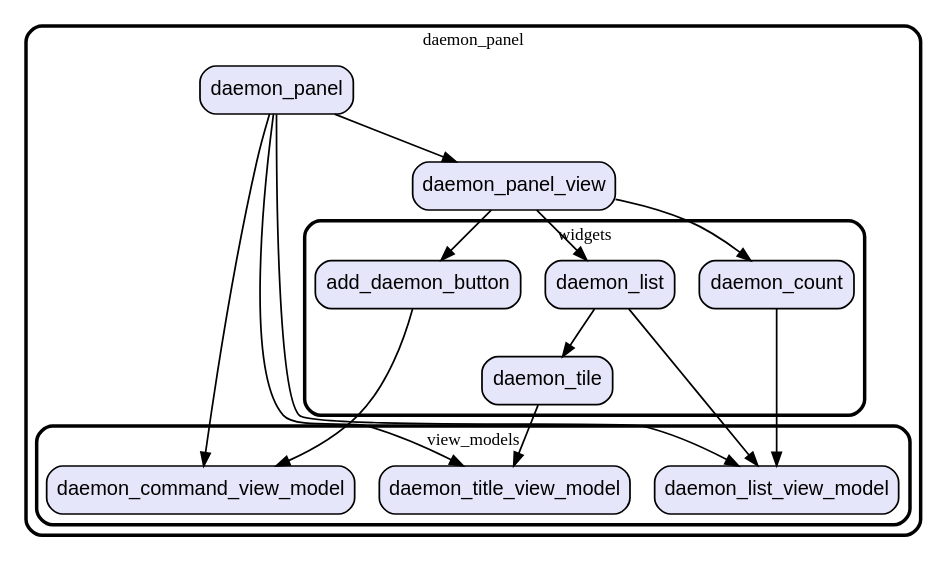
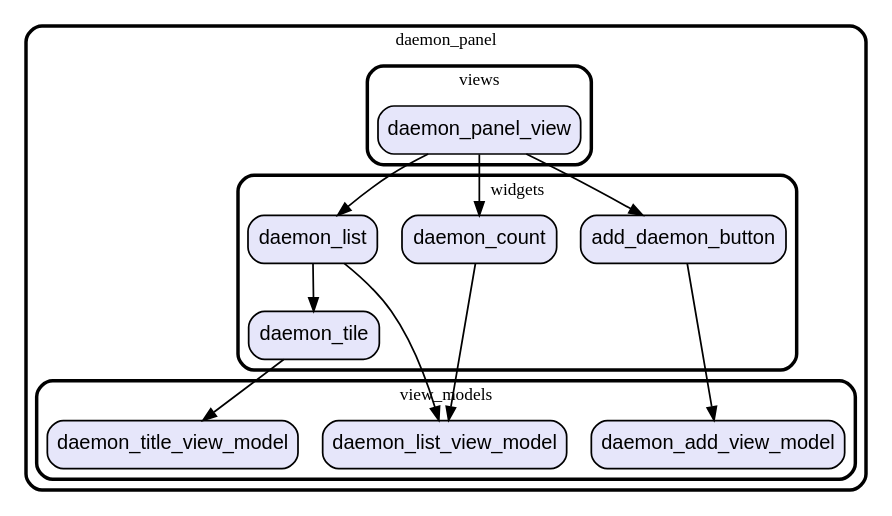
The diagram in graph/lib/ui/fragments/daemon_panel.dot (gev/reacthome-mobile), drawn with Graphviz before and after one commit. The commit also changed 23 other files, not shown here.

Commit message:
update modules dependencies graph

```diff
--- a/graph/lib/ui/fragments/daemon_panel.dot
+++ b/graph/lib/ui/fragments/daemon_panel.dot
@@ -1,44 +1,41 @@
 digraph "" {
   graph [style=rounded fontname="Arial Black" fontsize=13 penwidth=2.6];
   node [shape=rect style="filled,rounded" fontname=Arial fontsize=15 fillcolor=Lavender penwidth=1.3];
   edge [penwidth=1.3];
-  "/view_models/daemon_command_view_model.dart" [label="daemon_command_view_model"];
+  "/view_models/daemon_add_view_model.dart" [label="daemon_add_view_model"];
   "/view_models/daemon_title_view_model.dart" [label="daemon_title_view_model"];
   "/view_models/daemon_list_view_model.dart" [label="daemon_list_view_model"];
-  "/daemon_panel.dart" [label="daemon_panel"];
-  "/daemon_panel_view.dart" [label="daemon_panel_view"];
+  "/views/daemon_panel_view.dart" [label="daemon_panel_view"];
   "/widgets/daemon_tile.dart" [label="daemon_tile"];
   "/widgets/daemon_list.dart" [label="daemon_list"];
   "/widgets/daemon_count.dart" [label="daemon_count"];
   "/widgets/add_daemon_button.dart" [label="add_daemon_button"];
   subgraph "cluster~" {
     label="daemon_panel";
-    "/daemon_panel.dart";
-    "/daemon_panel_view.dart";
     subgraph "cluster~/view_models" {
       label="view_models";
-      "/view_models/daemon_command_view_model.dart";
+      "/view_models/daemon_add_view_model.dart";
       "/view_models/daemon_title_view_model.dart";
       "/view_models/daemon_list_view_model.dart";
+    }
+    subgraph "cluster~/views" {
+      label="views";
+      "/views/daemon_panel_view.dart";
     }
     subgraph "cluster~/widgets" {
       label="widgets";
       "/widgets/daemon_tile.dart";
       "/widgets/daemon_list.dart";
       "/widgets/daemon_count.dart";
       "/widgets/add_daemon_button.dart";
     }
   }
-  "/daemon_panel.dart" -> "/daemon_panel_view.dart";
-  "/daemon_panel.dart" -> "/view_models/daemon_command_view_model.dart";
-  "/daemon_panel.dart" -> "/view_models/daemon_list_view_model.dart";
-  "/daemon_panel.dart" -> "/view_models/daemon_title_view_model.dart";
-  "/daemon_panel_view.dart" -> "/widgets/add_daemon_button.dart";
-  "/daemon_panel_view.dart" -> "/widgets/daemon_count.dart";
-  "/daemon_panel_view.dart" -> "/widgets/daemon_list.dart";
+  "/views/daemon_panel_view.dart" -> "/widgets/add_daemon_button.dart";
+  "/views/daemon_panel_view.dart" -> "/widgets/daemon_count.dart";
+  "/views/daemon_panel_view.dart" -> "/widgets/daemon_list.dart";
   "/widgets/daemon_tile.dart" -> "/view_models/daemon_title_view_model.dart";
   "/widgets/daemon_list.dart" -> "/view_models/daemon_list_view_model.dart";
   "/widgets/daemon_list.dart" -> "/widgets/daemon_tile.dart";
   "/widgets/daemon_count.dart" -> "/view_models/daemon_list_view_model.dart";
-  "/widgets/add_daemon_button.dart" -> "/view_models/daemon_command_view_model.dart";
+  "/widgets/add_daemon_button.dart" -> "/view_models/daemon_add_view_model.dart";
 }
```
